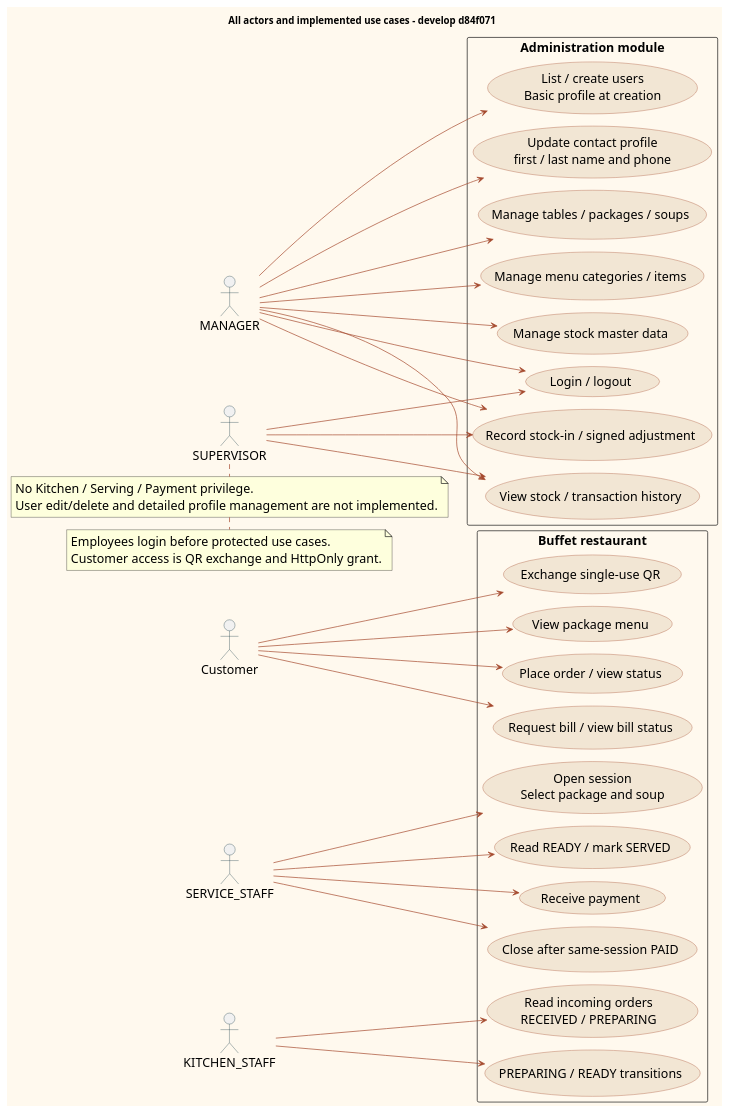
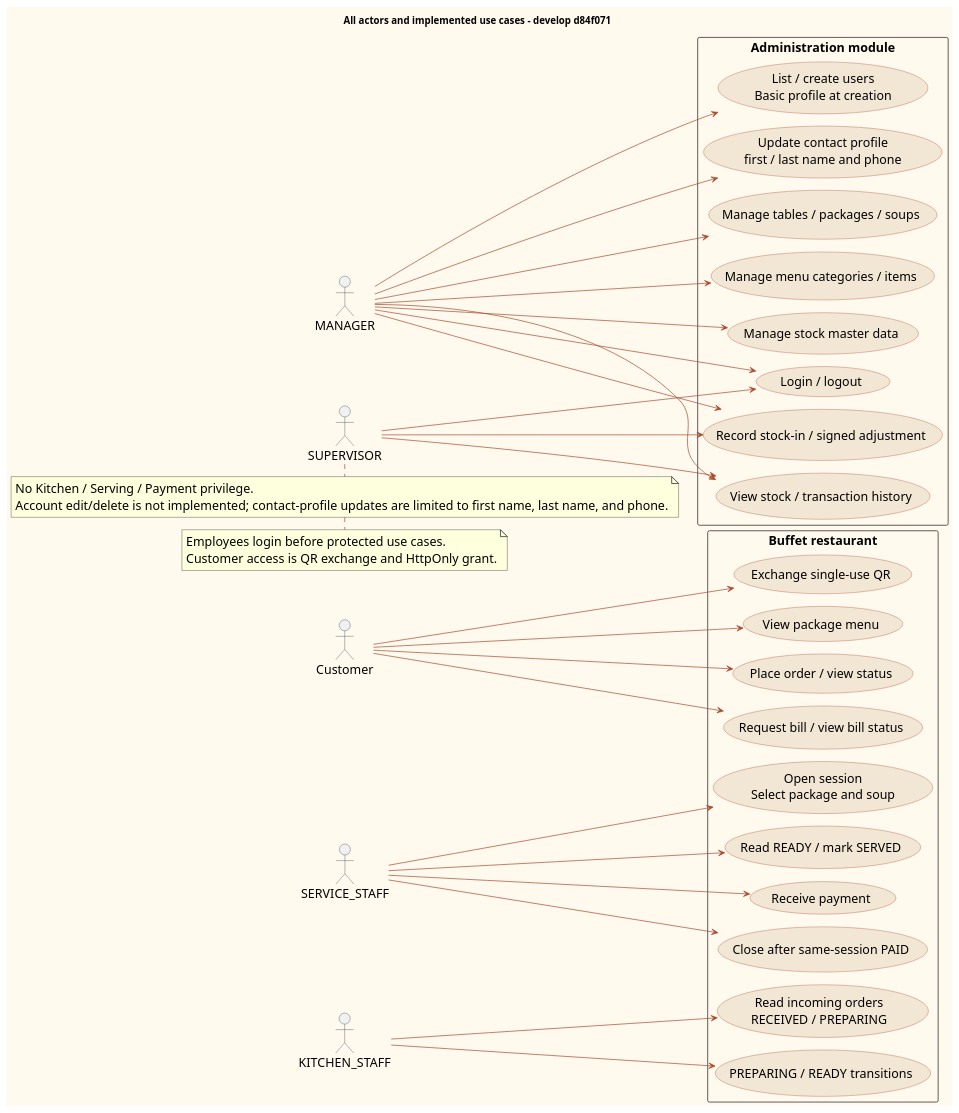
Before and after one commit to PavaritPramual/buffet-restaurant-management-system: the diagram in doc/diagrams/use-case.puml, drawn with PlantUML. The commit also changed 4 other files, not shown here.

```diff
--- a/doc/diagrams/use-case.puml
+++ b/doc/diagrams/use-case.puml
@@ -1,72 +1,72 @@
 @startuml
 !pragma layout smetana
 skinparam shadowing false
 skinparam backgroundColor #FFF9EE
 skinparam defaultFontName Tahoma
 skinparam defaultFontSize 18
 skinparam classAttributeIconSize 0
 skinparam ArrowColor #A54A2E
 skinparam classBackgroundColor #FFF9EE
 skinparam classBorderColor #173A45
 skinparam actorBorderColor #173A45
 skinparam usecaseBackgroundColor #F2E6D4
 skinparam usecaseBorderColor #A54A2E
 title All actors and implemented use cases - develop d84f071
 left to right direction
 actor Customer
 actor "SERVICE_STAFF" as Staff
 actor "KITCHEN_STAFF" as Kitchen
 rectangle "Buffet restaurant" {
  usecase "Exchange single-use QR" as QR
  usecase "View package menu" as CustomerMenu
  usecase "Place order / view status" as Order
  usecase "Request bill / view bill status" as Bill
  usecase "Open session\nSelect package and soup" as Open
  usecase "Read READY / mark SERVED" as Serve
  usecase "Receive payment" as Pay
  usecase "Close after same-session PAID" as Close
  usecase "Read incoming orders\nRECEIVED / PREPARING" as Incoming
  usecase "PREPARING / READY transitions" as Prepare
 }
 Customer --> QR
 Customer --> CustomerMenu
 Customer --> Order
 Customer --> Bill
 Staff --> Open
 Staff --> Serve
 Staff --> Pay
 Staff --> Close
 Kitchen --> Incoming
 Kitchen --> Prepare
 actor "MANAGER" as Manager
 actor "SUPERVISOR" as Supervisor
 rectangle "Administration module" {
  usecase "Login / logout" as Login
  usecase "List / create users\nBasic profile at creation" as Users
  usecase "Update contact profile\nfirst / last name and phone" as Profile
  usecase "Manage tables / packages / soups" as Catalog
  usecase "Manage menu categories / items" as AdminMenu
  usecase "Manage stock master data" as Master
  usecase "View stock / transaction history" as Read
  usecase "Record stock-in / signed adjustment" as Move
 }
 Manager --> Login
 Supervisor --> Login
 Manager --> Users
 Manager --> Profile
 Manager --> Catalog
 Manager --> AdminMenu
 Manager --> Master
 Manager --> Read
 Manager --> Move
 Supervisor --> Read
 Supervisor --> Move
 note bottom of Supervisor
 No Kitchen / Serving / Payment privilege.
-User edit/delete and detailed profile management are not implemented.
+Account edit/delete is not implemented; contact-profile updates are limited to first name, last name, and phone.
 end note
 note bottom
 Employees login before protected use cases.
 Customer access is QR exchange and HttpOnly grant.
 end note
 @enduml
```
